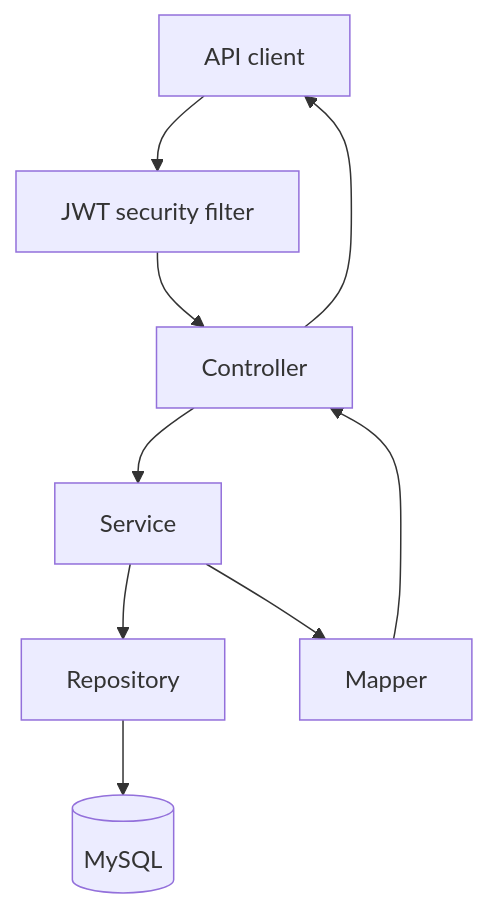
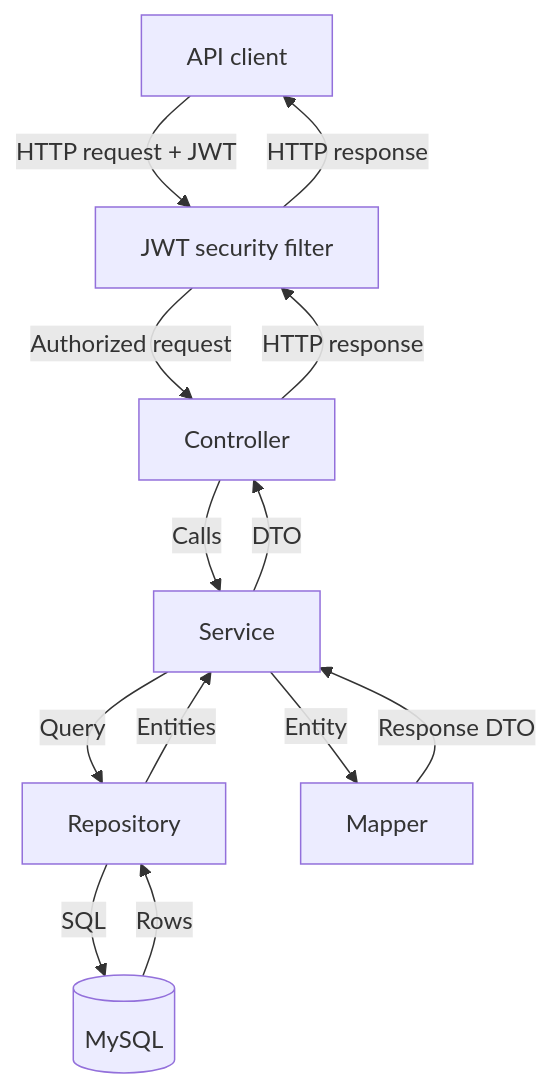
One commit to cosmiinn75/fitness-tracker-api changed the first of 4 diagrams in docs/architecture.md. Above: the diagram before and after it, drawn with Mermaid.

Commit message:
Enhance architecture diagram with detailed flow
Updated the flowchart to include details about HTTP requests, authorized requests, and data flow between components.

```diff
--- a/docs/architecture.md
+++ b/docs/architecture.md
@@ -55,11 +55,16 @@
 ~~~mermaid
 flowchart TD
-    A[API client] --> B[JWT security filter]
-    B --> C[Controller]
-    C --> D[Service]
-    D --> E[Repository]
-    E --> F[(MySQL)]
-    D --> G[Mapper]
-    G --> C
-    C --> A
+    A[API client] -->|HTTP request + JWT| B[JWT security filter]
+    B -->|Authorized request| C[Controller]
+    C -->|Calls| D[Service]
+    D -->|Query| E[Repository]
+    E -->|SQL| F[(MySQL)]
+
+    F -->|Rows| E
+    E -->|Entities| D
+    D -->|Entity| G[Mapper]
+    G -->|Response DTO| D
+    D -->|DTO| C
+    C -->|HTTP response| B
+    B -->|HTTP response| A
 ~~~
```
